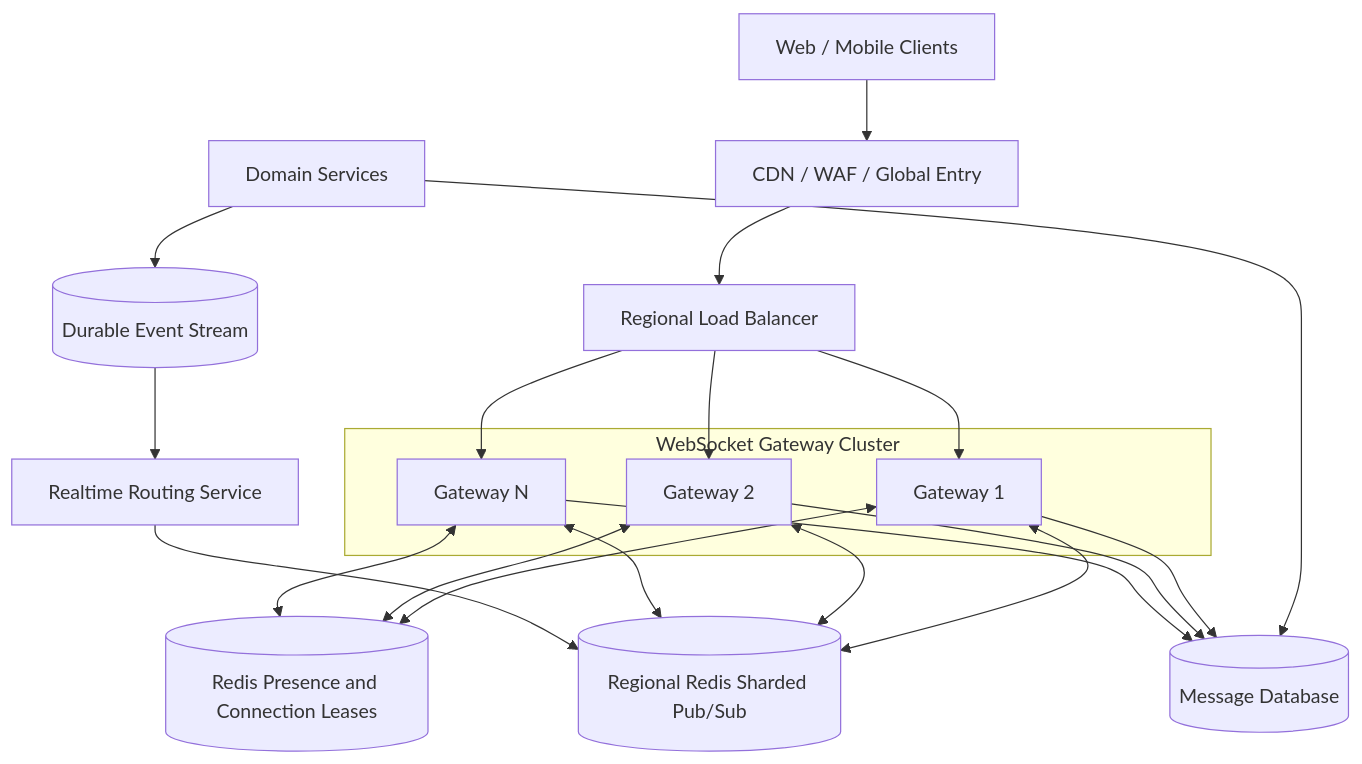
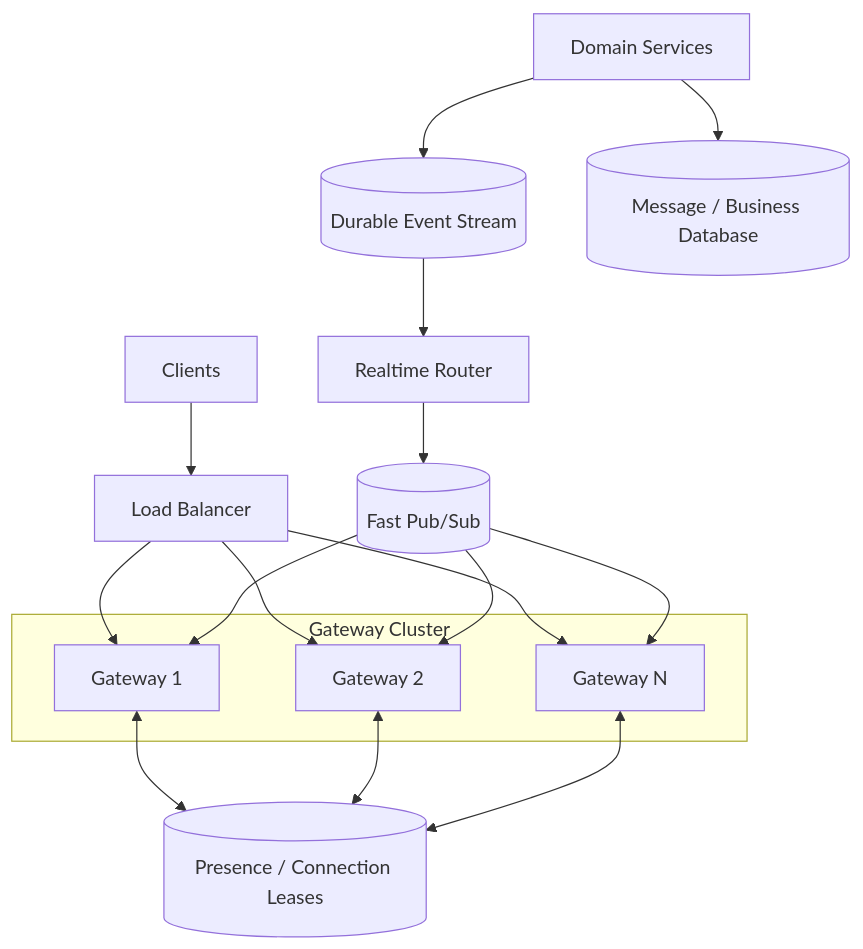
One commit to AvadhBhalodiya/Interview-Preparation changed the fourth of 4 diagrams in src/content/system-design/websocket-scaling.md. Above: the diagram before and after it, drawn with Mermaid. The commit also changed other lines of this file and 54 other files, not shown here.

````diff
--- a/src/content/system-design/websocket-scaling.md
+++ b/src/content/system-design/websocket-scaling.md
@@ -1451,40 +561,28 @@
 ```mermaid
 flowchart TB
-    Clients[Web / Mobile Clients]
-    Edge[CDN / WAF / Global Entry]
-    LB[Regional Load Balancer]
+    C[Clients] --> LB[Load Balancer]
 
-    subgraph WebSocket Gateway Cluster
+    subgraph Gateway Cluster
         G1[Gateway 1]
         G2[Gateway 2]
-        G3[Gateway N]
+        GN[Gateway N]
     end
 
-    FastBus[(Regional Redis Sharded Pub/Sub)]
-    Durable[(Durable Event Stream)]
-    Router[Realtime Routing Service]
-    Presence[(Redis Presence and Connection Leases)]
-    MsgDB[(Message Database)]
-    Domain[Domain Services]
-
-    Clients --> Edge --> LB
     LB --> G1
     LB --> G2
-    LB --> G3
+    LB --> GN
 
-    G1 <--> FastBus
-    G2 <--> FastBus
-    G3 <--> FastBus
+    G1 <--> P[(Presence / Connection Leases)]
+    G2 <--> P
+    GN <--> P
 
-    G1 <--> Presence
-    G2 <--> Presence
-    G3 <--> Presence
+    D[Domain Services] --> E[(Durable Event Stream)]
+    E --> R[Realtime Router]
+    R --> B[(Fast Pub/Sub)]
 
-    Domain --> Durable
-    Durable --> Router
-    Router --> FastBus
-    Domain --> MsgDB
-    G1 --> MsgDB
-    G2 --> MsgDB
-    G3 --> MsgDB
+    B --> G1
+    B --> G2
+    B --> GN
+
+    D --> DB[(Message / Business Database)]
 ```
````
